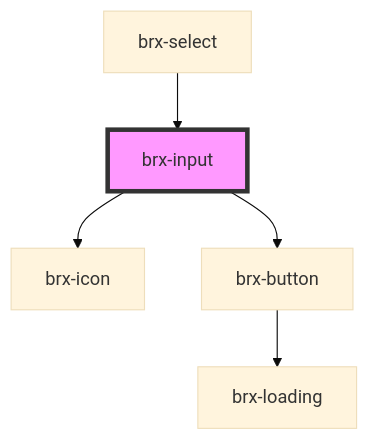
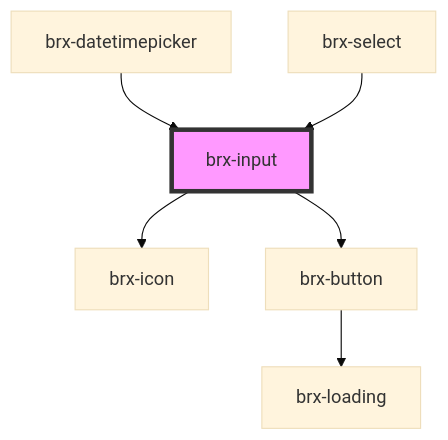
One commit to copperui/copperui changed the diagram in packages/core/src/components/brx-input/readme.md. Above: the diagram before and after it, drawn with Mermaid (base theme). The commit also changed other lines of this file and 15 other files, not shown here.

Commit message:
feat(core): components: brx-datetimepicker (#53) [WIP]

````diff
--- a/packages/core/src/components/brx-input/readme.md
+++ b/packages/core/src/components/brx-input/readme.md
@@ -104,8 +105,9 @@
 ```mermaid
 graph TD;
   brx-input --> brx-icon
   brx-input --> brx-button
   brx-button --> brx-loading
+  brx-datetimepicker --> brx-input
   brx-select --> brx-input
   style brx-input fill:#f9f,stroke:#333,stroke-width:4px
 ```
````
